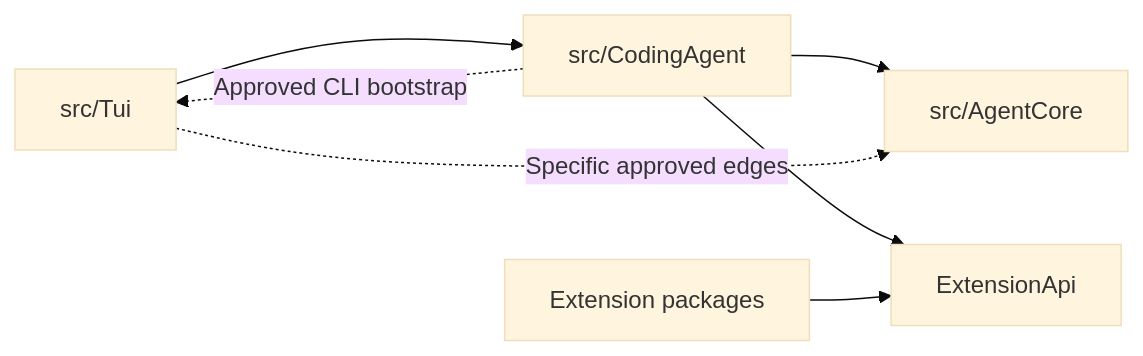
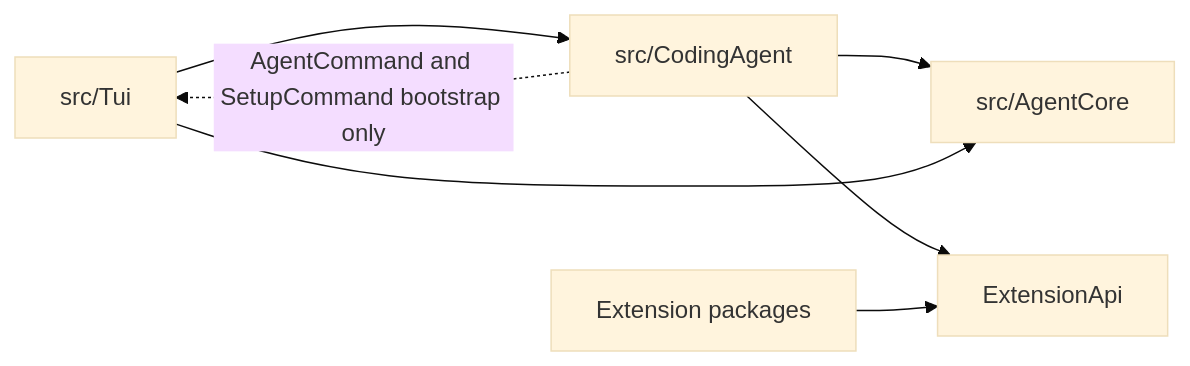
Before and after one commit to ineersa/agent-core: the second of 2 diagrams in architecture/README.md, drawn with Mermaid (base theme). The commit also changed other lines of this file and 77 other files, not shown here.

````diff
--- a/architecture/README.md
+++ b/architecture/README.md
@@ -54,9 +54,9 @@
 ```mermaid
 flowchart LR
     TUI["src/Tui"] --> App["src/CodingAgent"]
     App --> Core["src/AgentCore"]
     App --> API["ExtensionApi"]
     Packages["Extension packages"] --> API
-    TUI -.->|Specific approved edges| Core
-    App -.->|Approved CLI bootstrap| TUI
+    TUI --> Core
+    App -.->|AgentCommand and SetupCommand bootstrap only| TUI
 ```
````
